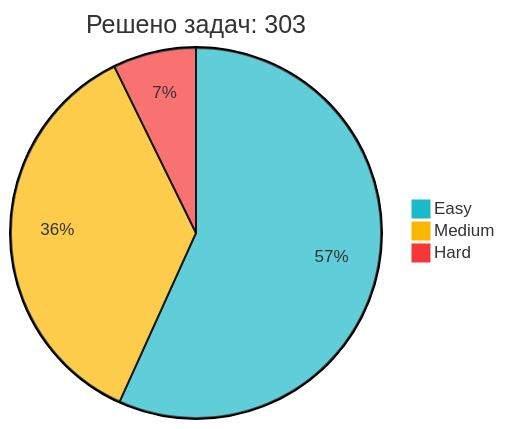
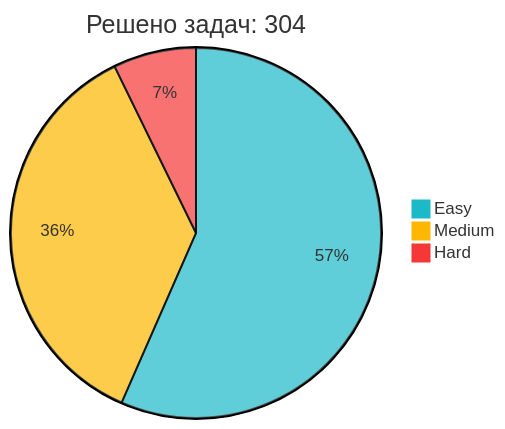
Before and after one commit to IliaKurdukov/IliaKurdukov: the diagram in README.md, drawn with Mermaid. The commit also changed other lines of this file, not shown here.

Commit message:
📈 Обновление статистики LeetCode

````diff
--- a/README.md
+++ b/README.md
@@ -51,7 +51,7 @@
 ```mermaid
 %%{init: {'theme': 'base', 'themeVariables': { 'pie1': '#1CBAC8', 'pie2': '#FEB700', 'pie3': '#F63737' }, 'config': {'width': 300, 'height': 200}}}%%
-pie title Решено задач: 303
+pie title Решено задач: 304
    "Easy" : 172
-   "Medium" : 109
+   "Medium" : 110
    "Hard" : 22
 ```
````
